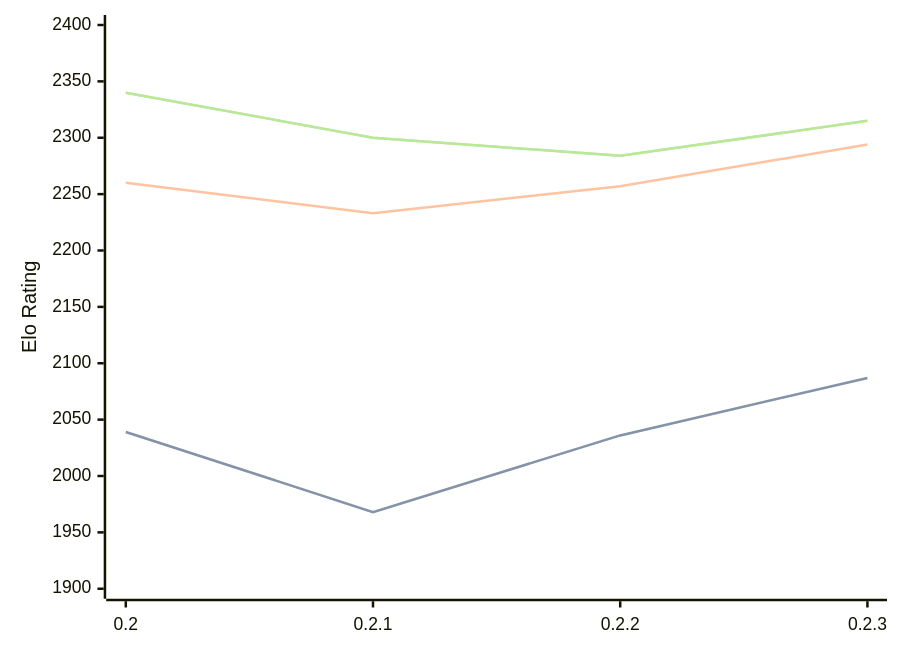
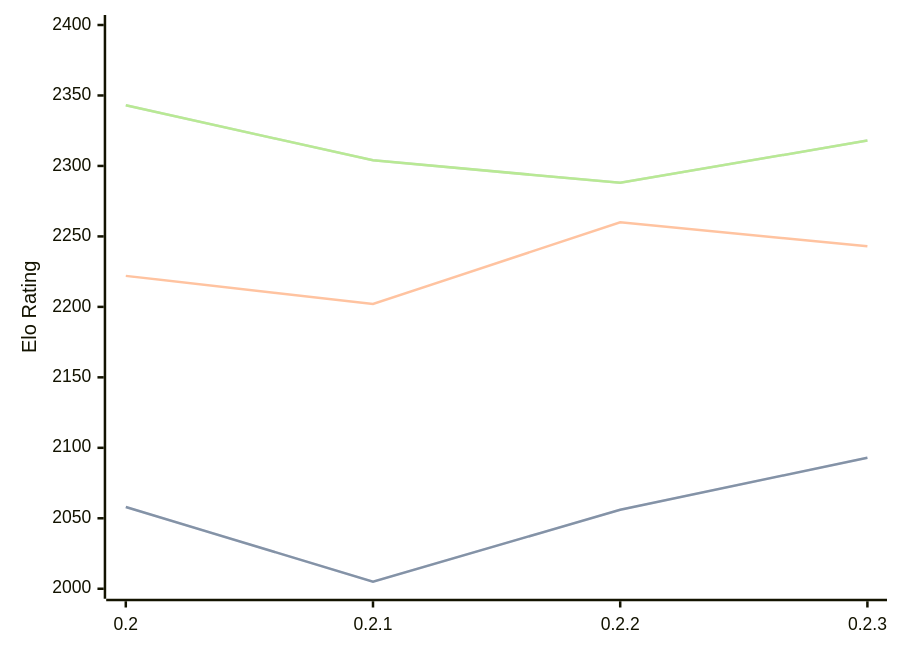
The diagram in engines/Lolbot.md (computer-chess-index/cci), drawn with Mermaid before and after one commit. The commit also changed other lines of this file, not shown here.

Commit message:
Update CCI Ratings (ELO VLTC) - 2026-02-24

````diff
--- a/engines/Lolbot.md
+++ b/engines/Lolbot.md
@@ -32,11 +32,11 @@
 ```mermaid
 %%{init: {"theme":"base","themeVariables":{"seriesColors:['#a3a3a3','#222221','#faa371']}}}%%
 xychart-beta
   x-axis ["0.2", "0.2.1", "0.2.2", "0.2.3"]
-  y-axis "Elo Rating" 1900 --> 2400
-  line "STC (8.0+0.08s)" [2039, 1968, 2036, 2087]
-  line "STC (8.0+0.08s)" [2039, 1968, 2036, 2087]
-  line "LTC (60.0+0.60s)" [2260, 2233, 2257, 2294]
-  line "VLTC (2m24s+1.12s)" [2340, 2300, 2284, 2315]
-  line "VLTC (2m24s+1.12s)" [2340, 2300, 2284, 2315]
+  y-axis "Elo Rating" 2000 --> 2400
+  line "STC (8.0+0.08s)" [2058, 2005, 2056, 2093]
+  line "STC (8.0+0.08s)" [2058, 2005, 2056, 2093]
+  line "LTC (60.0+0.60s)" [2222, 2202, 2260, 2243]
+  line "VLTC (2m24s+1.12s)" [2343, 2304, 2288, 2318]
+  line "VLTC (2m24s+1.12s)" [2343, 2304, 2288, 2318]
 ```
````
